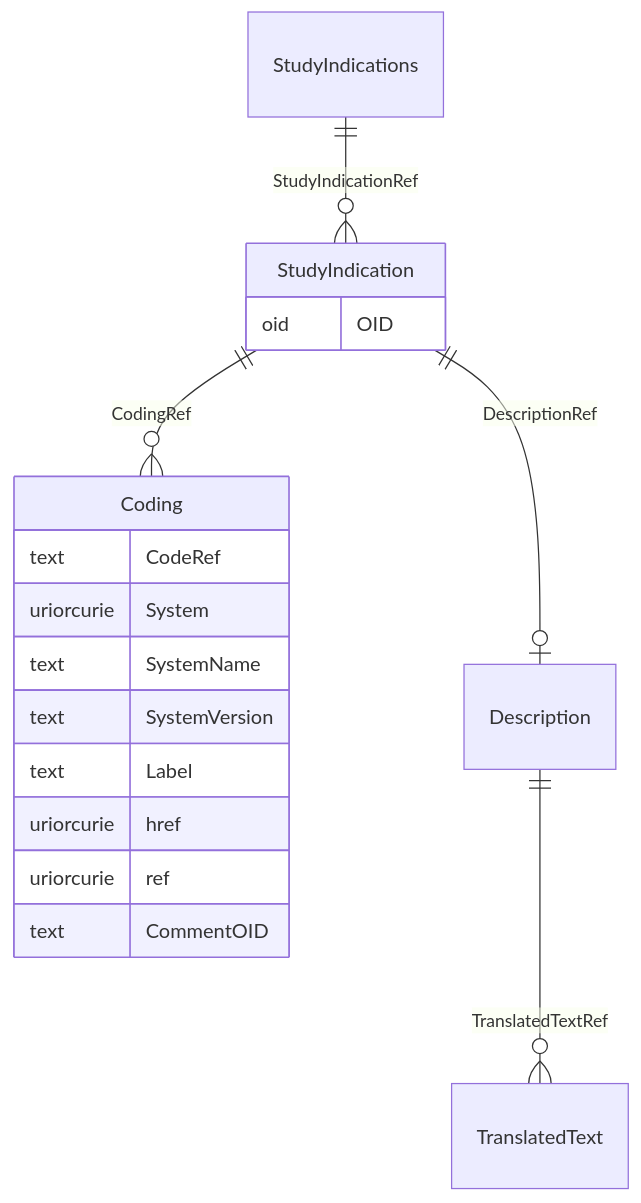
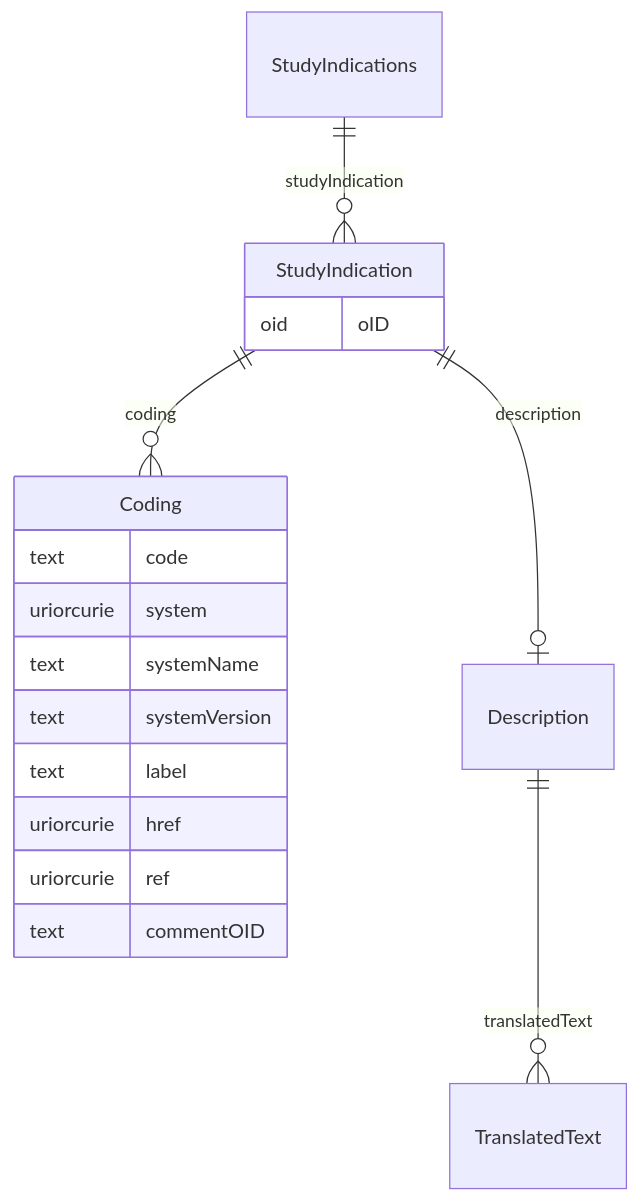
One commit to cdisc-org/DataExchange-ODM-LinkML changed the diagram in docs/StudyIndications.md. Above: the diagram before and after it, drawn with Mermaid. The commit also changed other lines of this file and 759 other files, not shown here.

````diff
--- a/docs/StudyIndications.md
+++ b/docs/StudyIndications.md
@@ -11,28 +11,28 @@
 ```mermaid
 erDiagram
 StudyIndications {
 
 }
 StudyIndication {
-    oid OID  
+    oid oID  
 }
 Coding {
-    text CodeRef  
-    uriorcurie System  
-    text SystemName  
-    text SystemVersion  
-    text Label  
+    text code  
+    uriorcurie system  
+    text systemName  
+    text systemVersion  
+    text label  
     uriorcurie href  
     uriorcurie ref  
-    text CommentOID  
+    text commentOID  
 }
 Description {
 
 }
 
-StudyIndications ||--}o StudyIndication : "StudyIndicationRef"
-StudyIndication ||--|o Description : "DescriptionRef"
-StudyIndication ||--}o Coding : "CodingRef"
-Description ||--}o TranslatedText : "TranslatedTextRef"
+StudyIndications ||--}o StudyIndication : "studyIndication"
+StudyIndication ||--|o Description : "description"
+StudyIndication ||--}o Coding : "coding"
+Description ||--}o TranslatedText : "translatedText"
 
 ```
````
